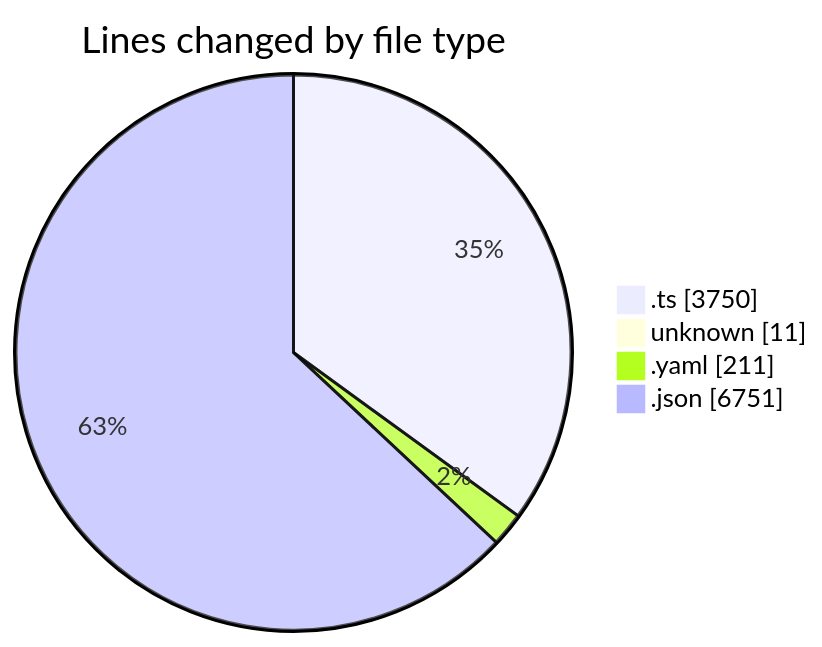
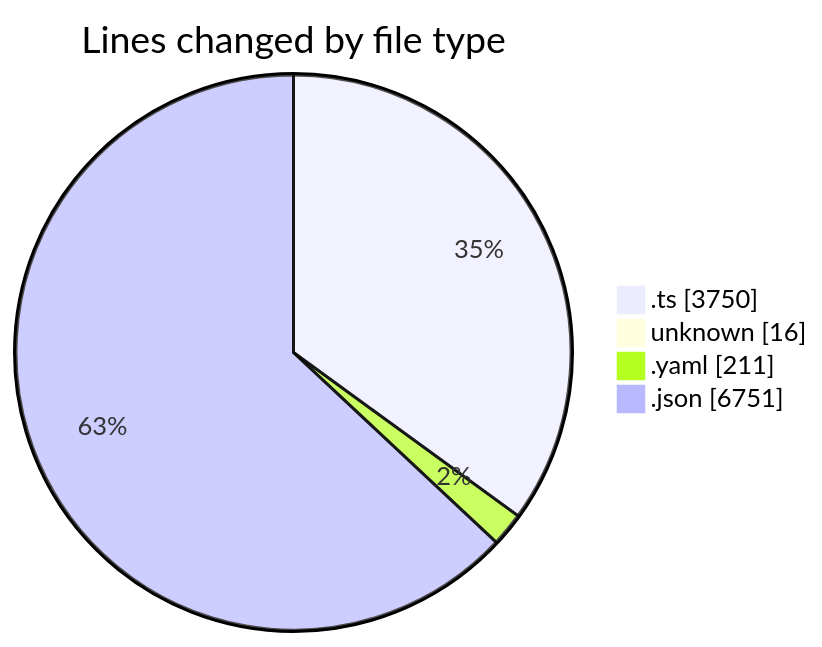
One commit to mevix1/code-tracking changed the first of 2 diagrams in 2025-10-01/oura-api/README.md. Above: the diagram before and after it, drawn with Mermaid. The commit also changed other lines of this file and 1 other file, not shown here.

````diff
--- a/2025-10-01/oura-api/README.md
+++ b/2025-10-01/oura-api/README.md
@@ -52,8 +52,8 @@
 ```mermaid
 pie showData
 title Lines changed by file type
 ".ts" : 3750
-"unknown" : 11
+"unknown" : 16
 ".yaml" : 211
 ".json" : 6751
 ```
````
